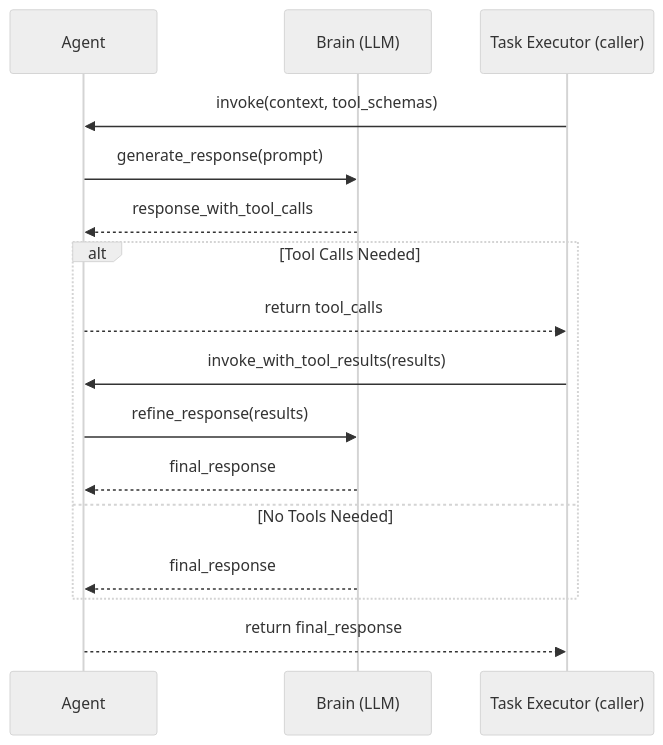
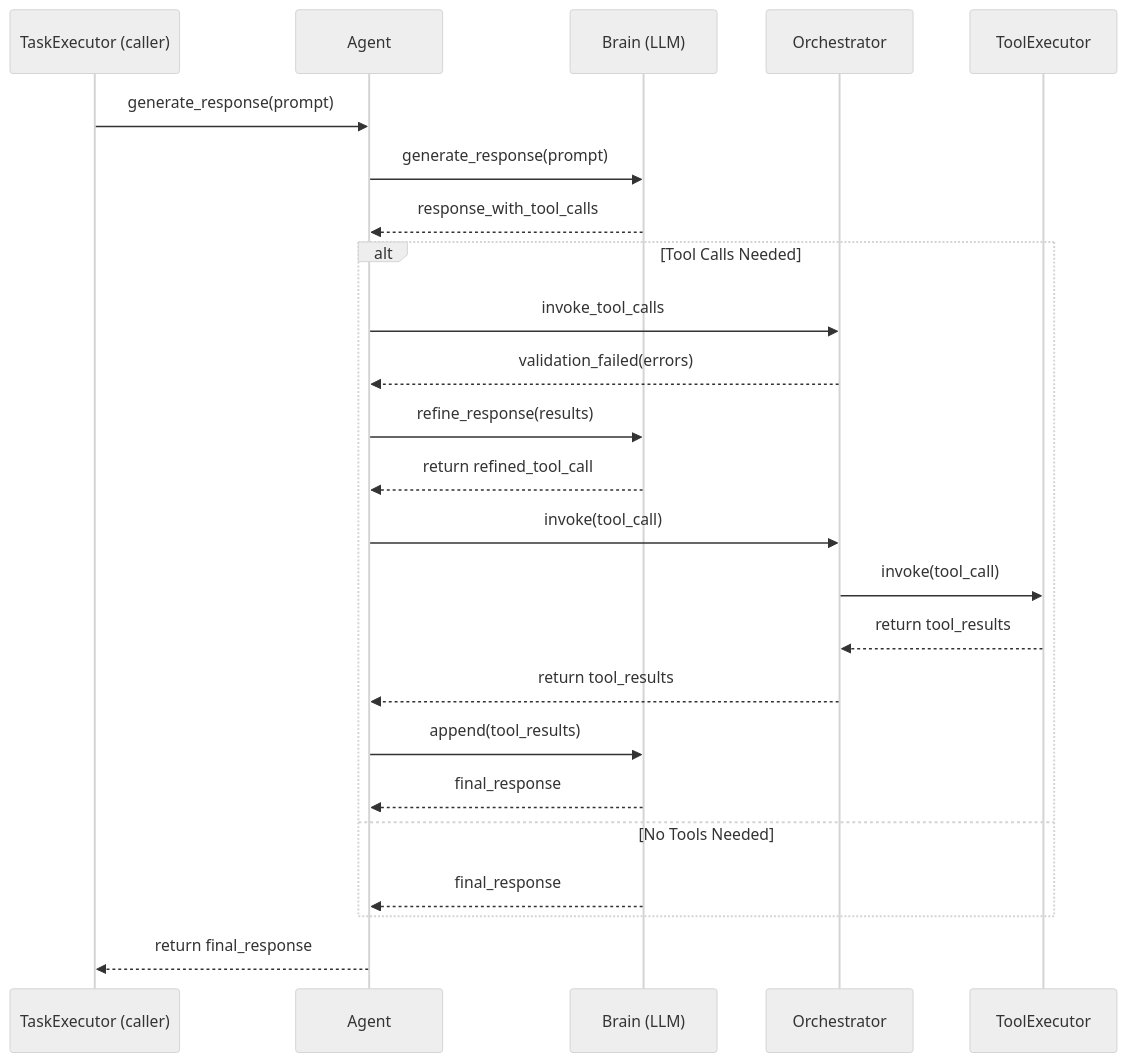
One commit to dustland/roboco changed the fourth of 4 diagrams in docs/01-architecture.md. Above: the diagram before and after it, drawn with Mermaid (neutral theme). The commit also changed other lines of this file, not shown here.

Commit message:
refactor: enhance AgentX architecture documentation by clarifying the roles of Task Executor and Orchestrator, updating execution flow diagrams, and improving the overall structure for better understanding of agent collaboration and tool execution processes

````diff
--- a/docs/01-architecture.md
+++ b/docs/01-architecture.md
@@ -183,21 +182,29 @@
 ```mermaid
 sequenceDiagram
+    participant TA as TaskExecutor (caller)
     participant AG as Agent
     participant BR as Brain (LLM)
-    participant TX as Task Executor (caller)
+    participant OR as Orchestrator
+    participant TO as ToolExecutor
 
-    TX->>AG: invoke(context, tool_schemas)
+    TA->>AG: generate_response(prompt)
     AG->>BR: generate_response(prompt)
     BR-->>AG: response_with_tool_calls
 
     alt Tool Calls Needed
-        AG-->>TX: return tool_calls
-        TX->>AG: invoke_with_tool_results(results)
+        AG->>OR: invoke_tool_calls
+        OR-->>AG: validation_failed(errors)
         AG->>BR: refine_response(results)
+        BR-->>AG: return refined_tool_call
+        AG->>OR: invoke(tool_call)
+        OR->>TO: invoke(tool_call)
+        TO-->>OR: return tool_results
+        OR-->>AG: return tool_results
+        AG->>BR: append(tool_results)
         BR-->>AG: final_response
     else No Tools Needed
         BR-->>AG: final_response
     end
 
-    AG-->>TX: return final_response
+    AG-->>TA: return final_response
 ```
````
